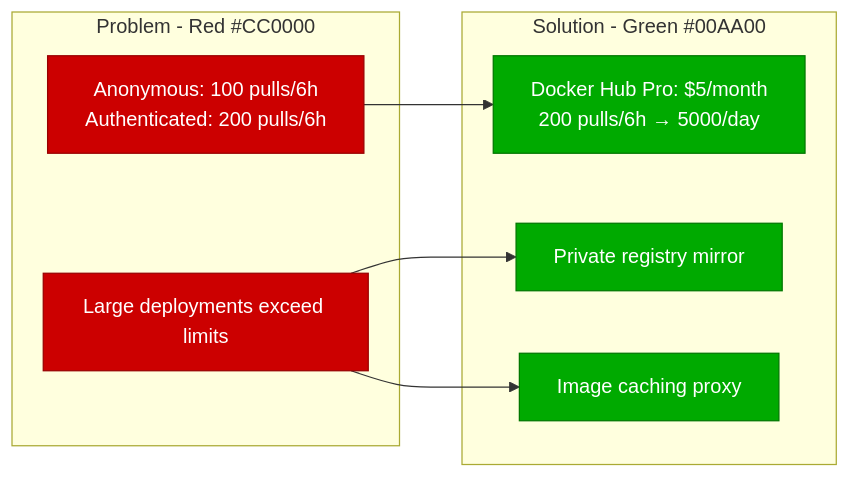
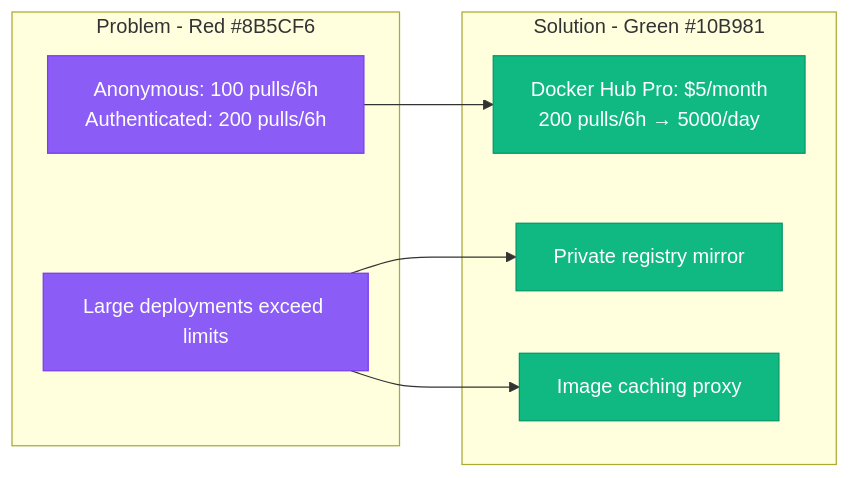
One commit to deepaucksharma/DS changed the second of 3 diagrams in site/docs/debugging/container-registry-issues-debugging.md. Above: the diagram before and after it, drawn with Mermaid. The commit also changed other lines of this file and 187 other files, not shown here.

````diff
--- a/site/docs/debugging/container-registry-issues-debugging.md
+++ b/site/docs/debugging/container-registry-issues-debugging.md
@@ -138,23 +138,23 @@
 ```mermaid
 graph LR
-    subgraph Problem[Problem - Red #CC0000]
+    subgraph Problem[Problem - Red #8B5CF6]
         A[Anonymous: 100 pulls/6h<br/>Authenticated: 200 pulls/6h]
         B[Large deployments exceed limits]
     end
 
-    subgraph Solution[Solution - Green #00AA00]
+    subgraph Solution[Solution - Green #10B981]
         C[Docker Hub Pro: $5/month<br/>200 pulls/6h → 5000/day]
         D[Private registry mirror]
         E[Image caching proxy]
     end
 
     A --> C
     B --> D
     B --> E
 
-    classDef problemStyle fill:#CC0000,stroke:#990000,color:#fff
-    classDef solutionStyle fill:#00AA00,stroke:#007700,color:#fff
+    classDef problemStyle fill:#8B5CF6,stroke:#7C3AED,color:#fff
+    classDef solutionStyle fill:#10B981,stroke:#059669,color:#fff
 
     class A,B problemStyle
     class C,D,E solutionStyle
 ```
````
